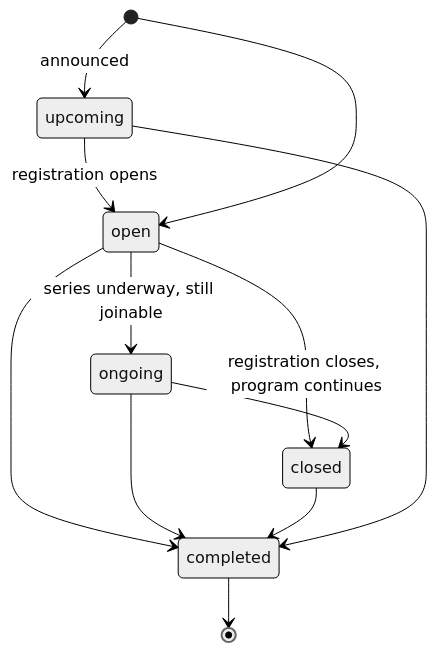
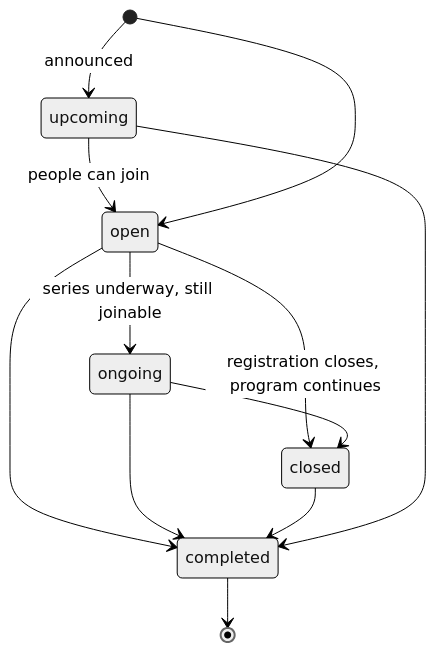
One commit to Sabeel-Institute/sabeel-website-test changed the second of 2 diagrams in AGENTS.md. Above: the diagram before and after it, drawn with Mermaid (neutral theme). The commit also changed other lines of this file and 15 other files, not shown here.

````diff
--- a/AGENTS.md
+++ b/AGENTS.md
@@ -148,14 +148,14 @@
 ```mermaid
 stateDiagram-v2
   [*] --> upcoming: announced
-  upcoming --> open: registration opens
+  upcoming --> open: people can join
   [*] --> open
   open --> ongoing: series underway, still joinable
   open --> closed: registration closes, program continues
   ongoing --> closed
   open --> completed
   ongoing --> completed
   closed --> completed
   upcoming --> completed
   completed --> [*]
 ```
````
